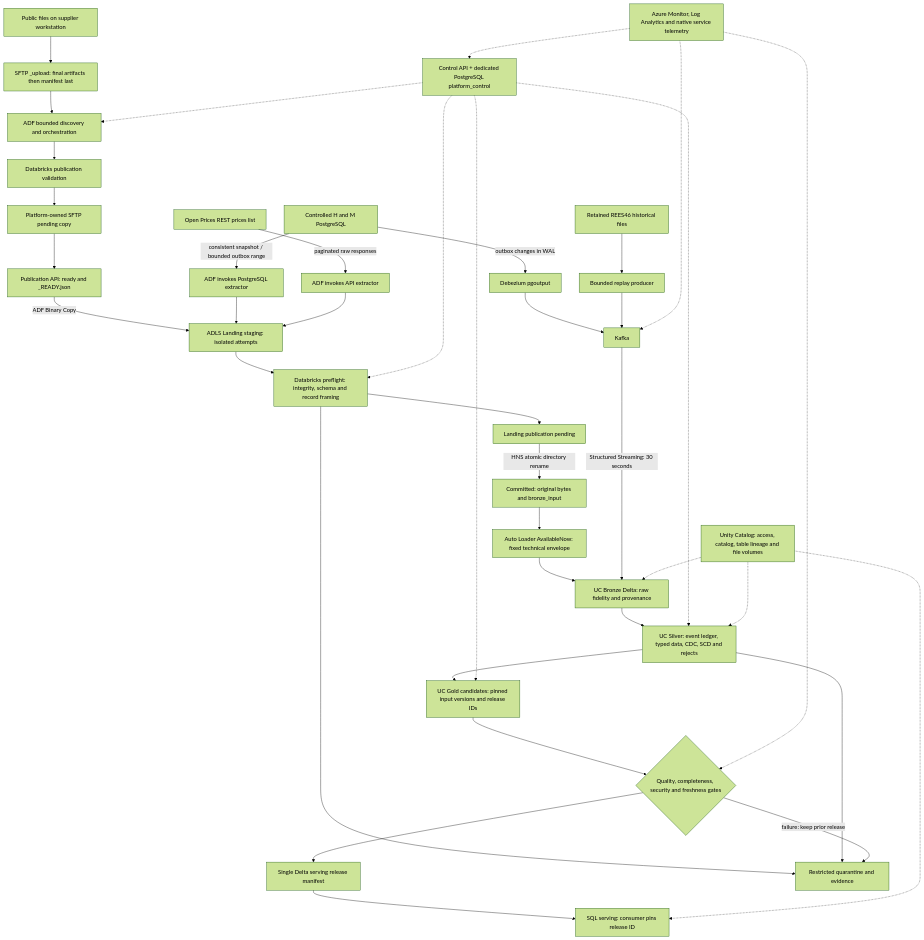
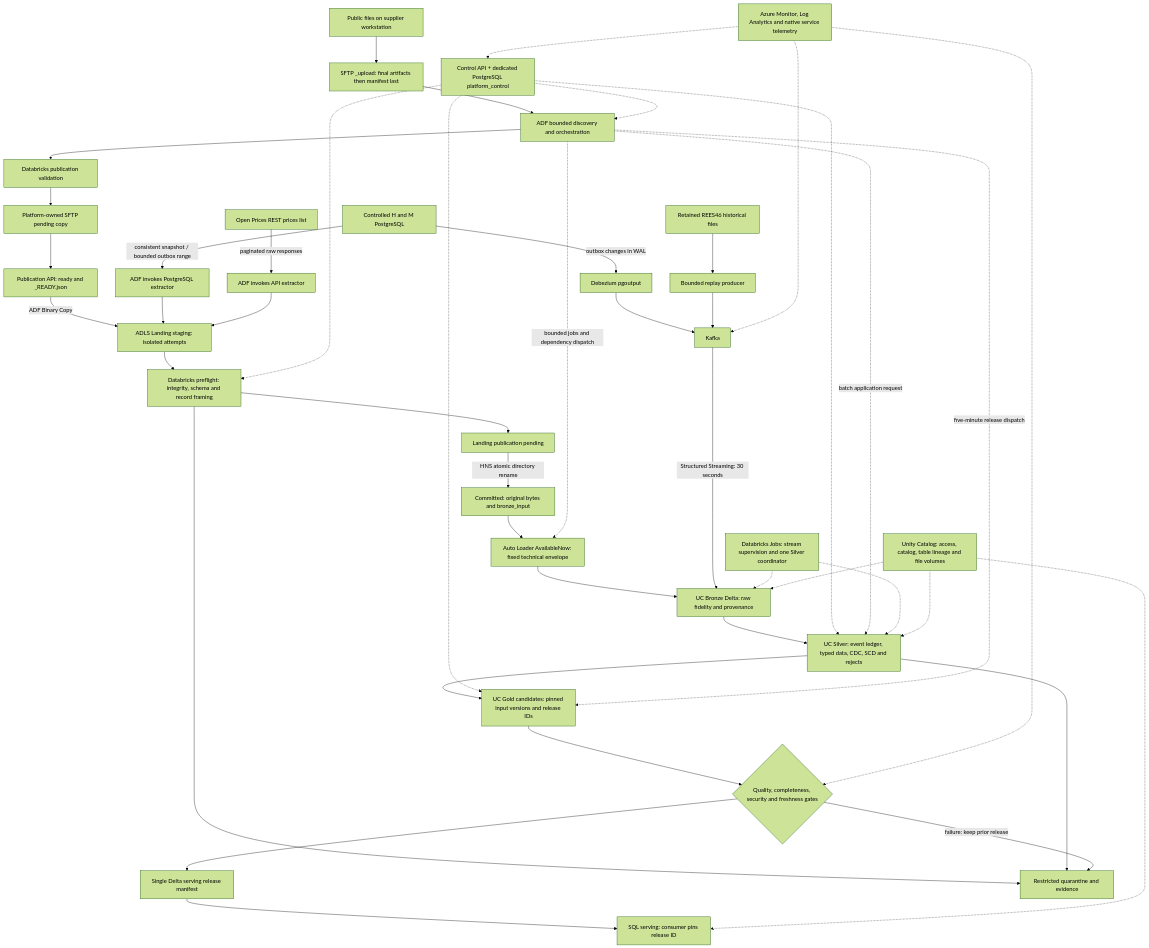
The first of 2 diagrams in docs/architecture/architecture.md (harshitarav/azure-databricks-production-data-platform), drawn with Mermaid (forest theme) before and after one commit. The commit also changed other lines of this file, not shown here.

````diff
--- a/docs/architecture/architecture.md
+++ b/docs/architecture/architecture.md
@@ -39,41 +46,46 @@
 ```mermaid
 flowchart TD
   F[Public files on supplier workstation] --> U[SFTP _upload: final artifacts then manifest last]
   U --> A[ADF bounded discovery and orchestration]
   A --> P[Databricks publication validation]
   P --> PP[Platform-owned SFTP pending copy]
   PP --> R[Publication API: ready and _READY.json]
   R -->|ADF Binary Copy| ST[ADLS Landing staging: isolated attempts]
   PG[Controlled H and M PostgreSQL] -->|consistent snapshot / bounded outbox range| X[ADF invokes PostgreSQL extractor]
   API[Open Prices REST prices list] -->|paginated raw responses| AX[ADF invokes API extractor]
   X --> ST
   AX --> ST
   ST --> V[Databricks preflight: integrity, schema and record framing]
   V --> PN[Landing publication pending]
   PN -->|HNS atomic directory rename| C[Committed: original bytes and bronze_input]
   C --> AL[Auto Loader AvailableNow: fixed technical envelope]
   AL --> B[UC Bronze Delta: raw fidelity and provenance]
   PG -->|outbox changes in WAL| DB[Debezium pgoutput]
   DB --> K[Kafka]
   RF[Retained REES46 historical files] --> RP[Bounded replay producer]
   RP --> K
   K -->|Structured Streaming: 30 seconds| B
   B --> S[UC Silver: event ledger, typed data, CDC, SCD and rejects]
   S --> G[UC Gold candidates: pinned input versions and release IDs]
   G --> Q{Quality, completeness, security and freshness gates}
   Q --> M[Single Delta serving release manifest]
   M --> CON[SQL serving: consumer pins release ID]
   V --> ERR[Restricted quarantine and evidence]
   S --> ERR
   Q -->|failure: keep prior release| ERR
   CP[Control API + dedicated PostgreSQL platform_control] -.-> A
   CP -.-> V
   CP -.-> S
   CP -.-> G
+  A -.->|bounded jobs and dependency dispatch| AL
+  A -.->|batch application request| S
+  A -.->|five-minute release dispatch| G
+  JS[Databricks Jobs: stream supervision and one Silver coordinator] -.-> B
+  JS -.-> S
   UC[Unity Catalog: access, catalog, table lineage and file volumes] -.-> B
   UC -.-> S
   UC -.-> CON
   OBS[Azure Monitor, Log Analytics and native service telemetry] -.-> CP
   OBS -.-> K
   OBS -.-> Q
 ```
````
